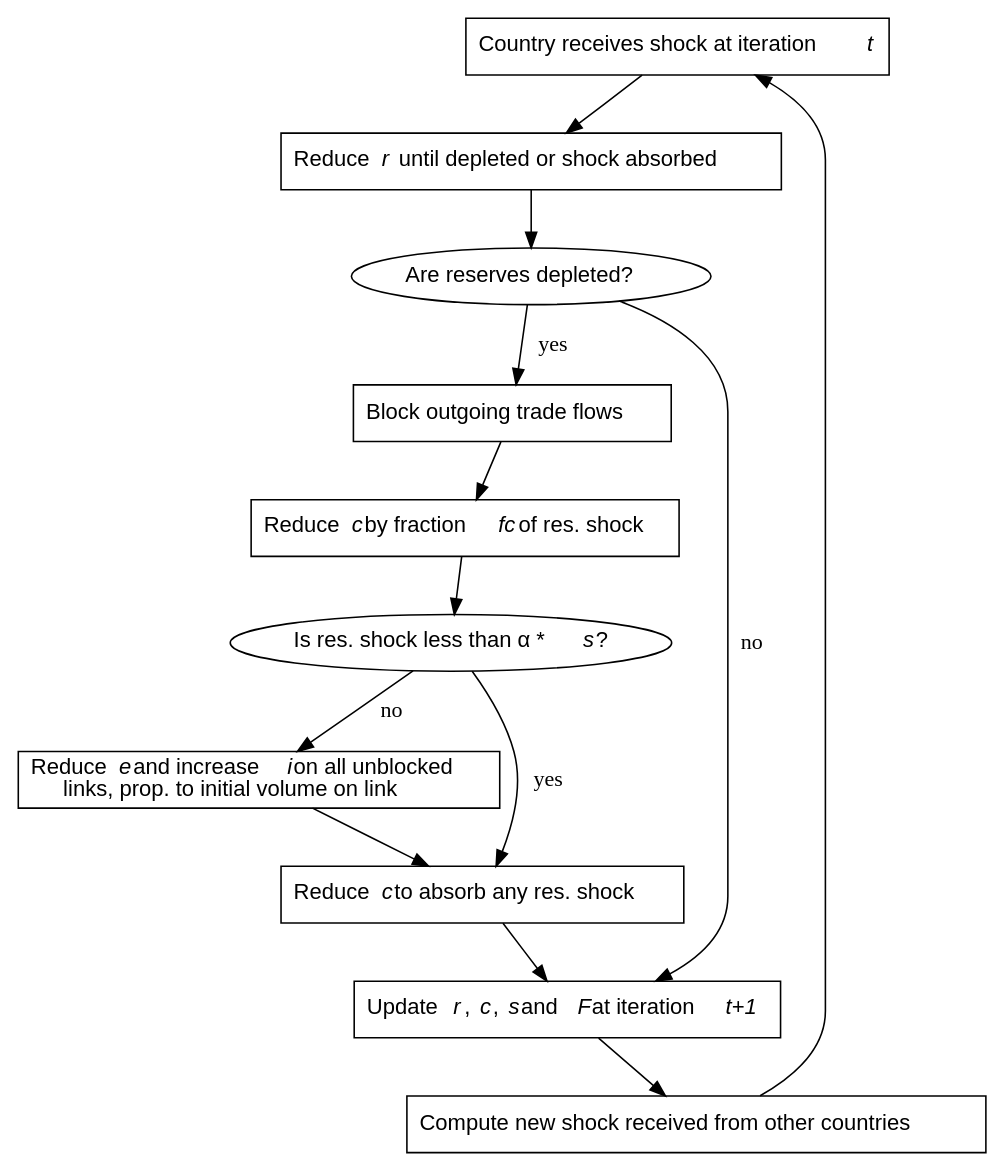
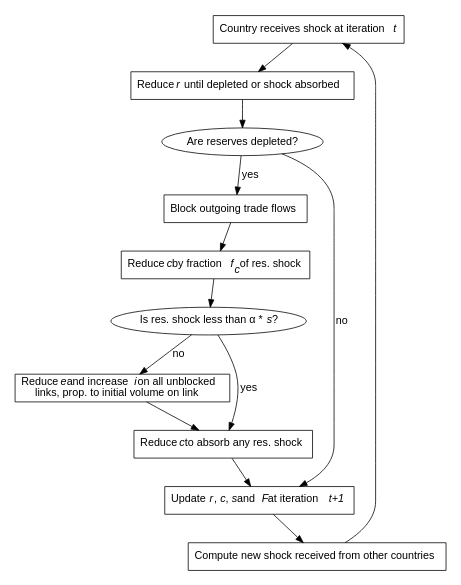
Before and after one commit to pmarchand1/cereals-network-shocks: the diagram in model-flow-chart.gv, drawn with Graphviz. The commit also changed 1 other file, not shown here.

Commit message:
Fix model flow chart

```diff
--- a/model-flow-chart.gv
+++ b/model-flow-chart.gv
@@ -1,21 +1,22 @@
 digraph sim_model {
-#    graph [fontsize = 8]
+    graph [size = 5]
     
-    node [shape = box, fontname = Helvetica]
+    node [shape = box, fontname = "Helvetica-Narrow"]
     A [label = <Country receives shock at iteration <I>t</I>>]
     B [label = <Reduce <I>r</I>  until depleted or shock absorbed>]
     C [shape = ellipse, label = <Are reserves depleted?>]
     D [label = <Block outgoing trade flows>]
-    E [label = <Reduce <I>c</I> by fraction <I>fc</I> of res. shock>]
+    E [label = <Reduce <I>c</I> by fraction <I>f<SUB>c</SUB></I> of res. shock>]
     F [shape = ellipse, label = <Is res. shock less than &alpha; * <I>s</I>?>]
     G [label = <Reduce <I>e</I> and increase <I>i</I> on all unblocked <BR/> links, prop. to initial volume on link>]
     H [label = <Reduce <I>c</I> to absorb any res. shock>]
     I [label = <Update <I>r</I>, <I>c</I>, <I>s</I> and <I>F</I> at iteration <I>t+1</I>>]
     J [label = <Compute new shock received from other countries>]
 
+    edge [fontname = "Helvetica-Narrow"]
     A -> B B -> C
-    C -> D [label = "  yes"]; C -> I [label = "  no"]
+    C -> D [label = " yes"]; C -> I [label = " no"]
     D -> E; E -> F
-    F -> H [label = "  yes"]; F -> G [label = "  no"]
+    F -> H [label = " yes"]; F -> G [label = " no"]
     G -> H; H -> I; I -> J; J -> A
 }
```
